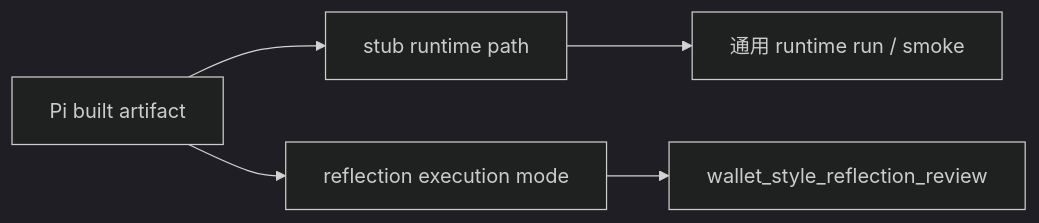
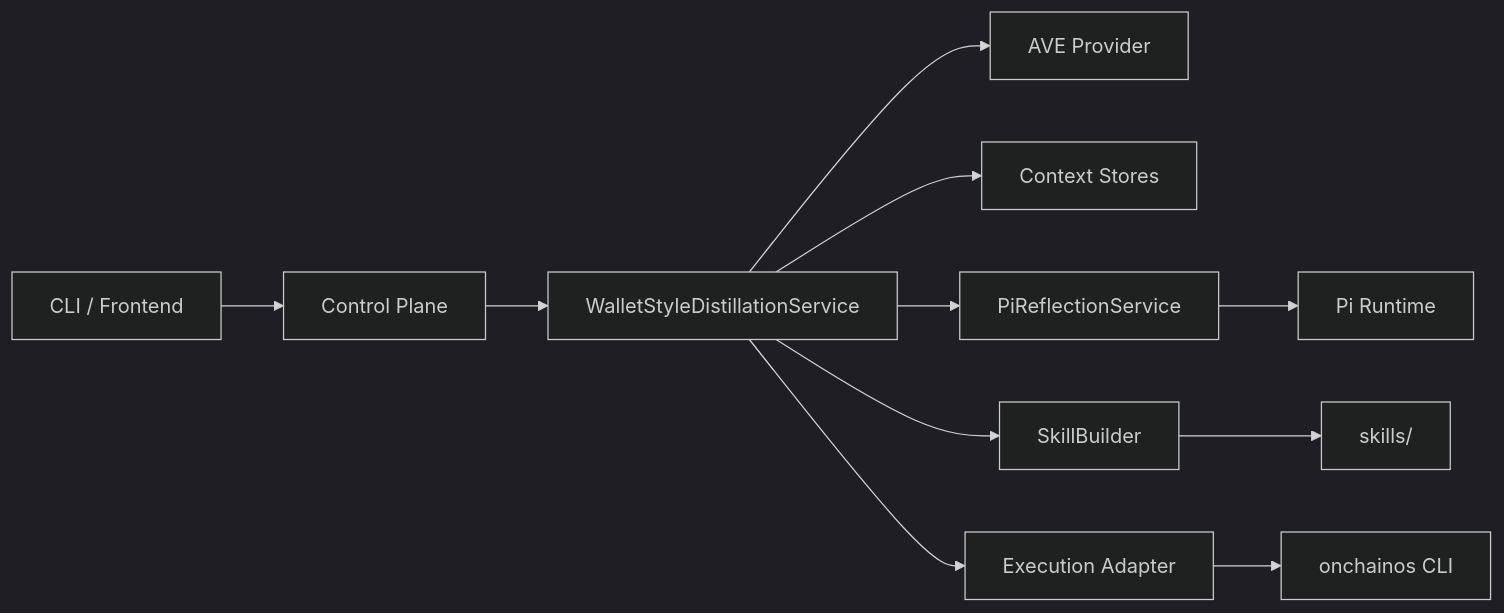
Before and after one commit to DESONGs/0t-skill-hackson: the diagram in 0t-skill_hackson_v2ing/docs/architecture/01-system-overview.md, drawn with Mermaid (dark theme). The commit also changed other lines of this file and 49 other files, not shown here.

````diff
--- a/0t-skill_hackson_v2ing/docs/architecture/01-system-overview.md
+++ b/0t-skill_hackson_v2ing/docs/architecture/01-system-overview.md
@@ -76,7 +19,13 @@
 ```mermaid
 flowchart LR
-    A["Pi built artifact"] --> B["stub runtime path"]
-    A --> C["reflection execution mode"]
-    B --> D["通用 runtime run / smoke"]
-    C --> E["wallet_style_reflection_review"]
+    U["CLI / Frontend"] --> CP["Control Plane"]
+    CP --> SDS["WalletStyleDistillationService"]
+    SDS --> AVE["AVE Provider"]
+    SDS --> CTX["Context Stores"]
+    SDS --> REF["PiReflectionService"]
+    SDS --> BUILD["SkillBuilder"]
+    SDS --> EXEC["Execution Adapter"]
+    REF --> PI["Pi Runtime"]
+    BUILD --> SKILLS["skills/"]
+    EXEC --> ONC["onchainos CLI"]
 ```
````
